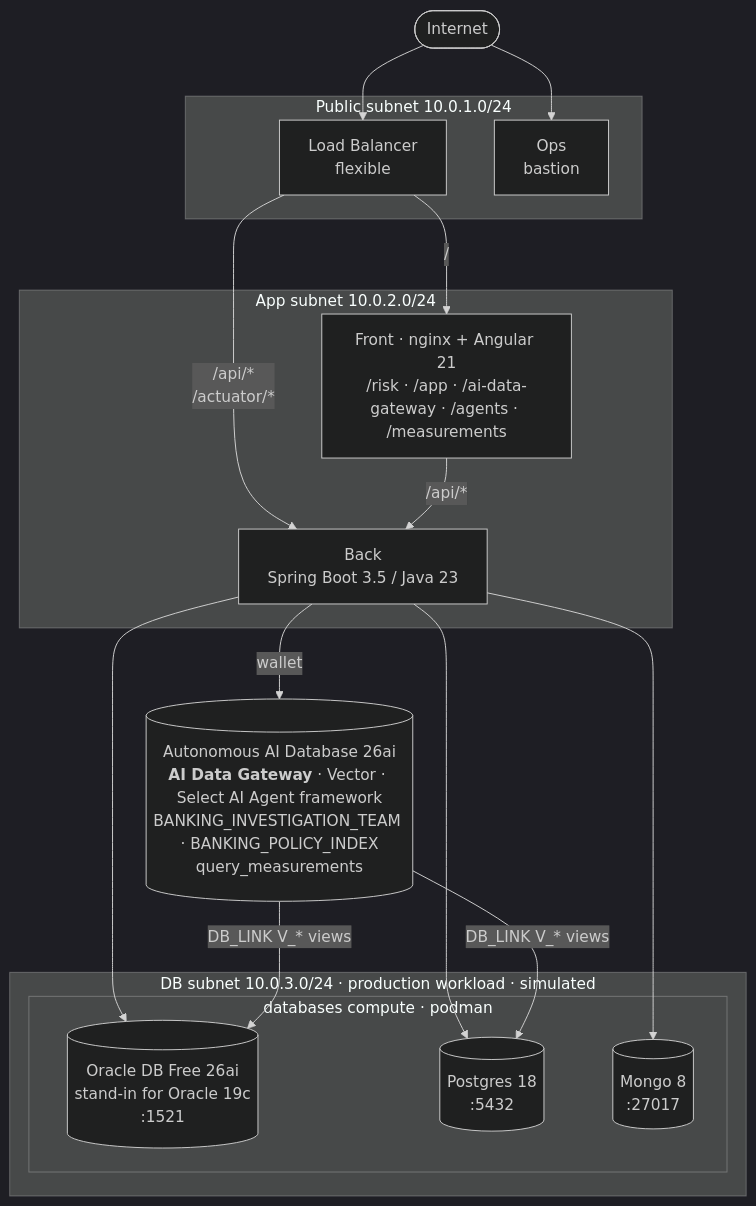
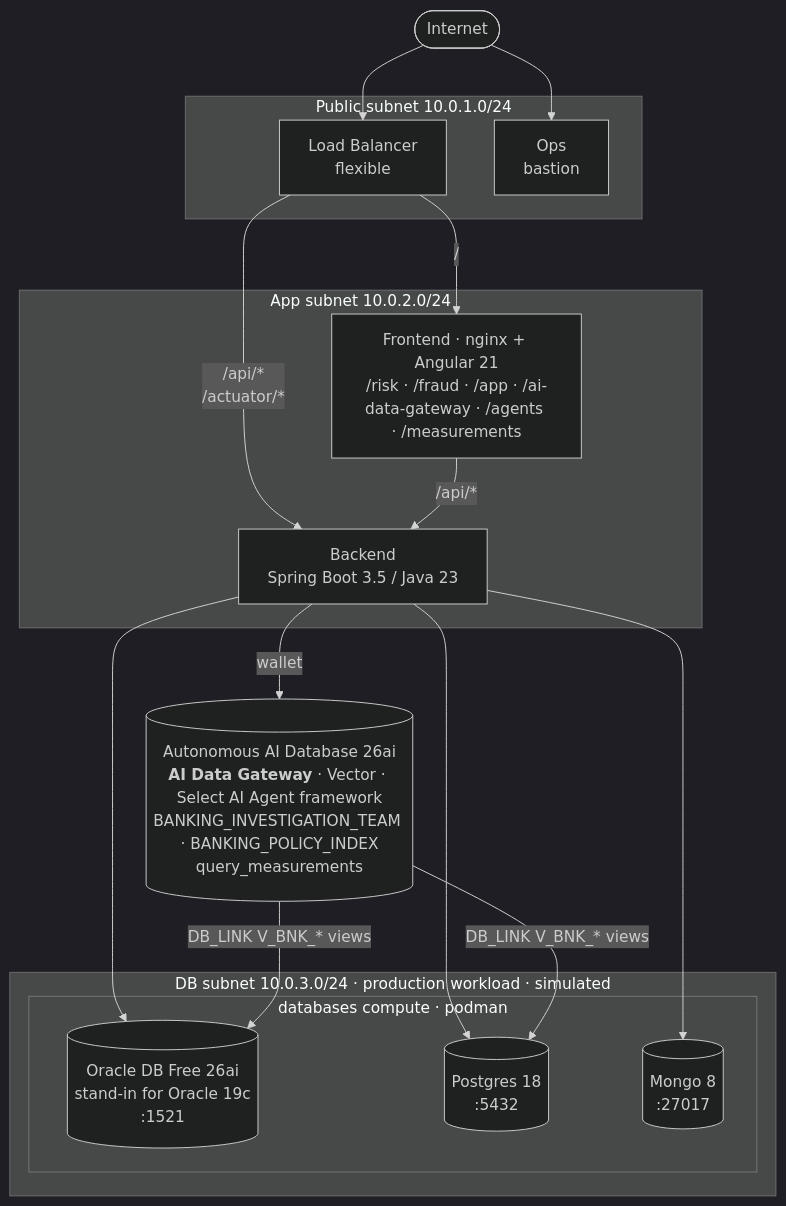
Before and after one commit to vmleon/oracle-adb-sidecar-architecture: the second of 2 diagrams in README.md, drawn with Mermaid (dark theme). The commit also changed other lines of this file and 102 other files, not shown here.

Commit message:
refactor: converge deploy flow, layout, and docs with recent projects

````diff
--- a/README.md
+++ b/README.md
@@ -212,36 +83,36 @@
 ```mermaid
 flowchart TB
     internet([Internet])
 
     subgraph public [Public subnet 10.0.1.0/24]
         lb[Load Balancer<br/>flexible]
         ops[Ops<br/>bastion]
     end
 
     subgraph appnet [App subnet 10.0.2.0/24]
-        front["Front · nginx + Angular 21<br/>/risk · /app · /ai-data-gateway · /agents · /measurements"]
-        back[Back<br/>Spring Boot 3.5 / Java 23]
+        frontend["Frontend · nginx + Angular 21<br/>/risk · /fraud · /app · /ai-data-gateway · /agents · /measurements"]
+        backend[Backend<br/>Spring Boot 3.5 / Java 23]
     end
 
     subgraph dbnet [DB subnet 10.0.3.0/24 · production workload · simulated]
         subgraph databases [databases compute · podman]
             oracle[(Oracle DB Free 26ai<br/>stand-in for Oracle 19c<br/>:1521)]
             postgres[(Postgres 18<br/>:5432)]
             mongo[(Mongo 8<br/>:27017)]
         end
     end
 
     adb[(Autonomous AI Database 26ai<br/><b>AI Data Gateway</b> · Vector · Select AI Agent framework<br/>BANKING_INVESTIGATION_TEAM · BANKING_POLICY_INDEX<br/>query_measurements)]
 
     internet --> lb
     internet --> ops
-    lb -->|/| front
-    lb -->|/api/*<br/>/actuator/*| back
-    front -->|/api/*| back
-    back -->|wallet| adb
-    back --> oracle
-    back --> postgres
-    back --> mongo
-    adb -->|DB_LINK V_* views| oracle
-    adb -->|DB_LINK V_* views| postgres
+    lb -->|/| frontend
+    lb -->|/api/*<br/>/actuator/*| backend
+    frontend -->|/api/*| backend
+    backend -->|wallet| adb
+    backend --> oracle
+    backend --> postgres
+    backend --> mongo
+    adb -->|DB_LINK V_BNK_* views| oracle
+    adb -->|DB_LINK V_BNK_* views| postgres
 ```
````
